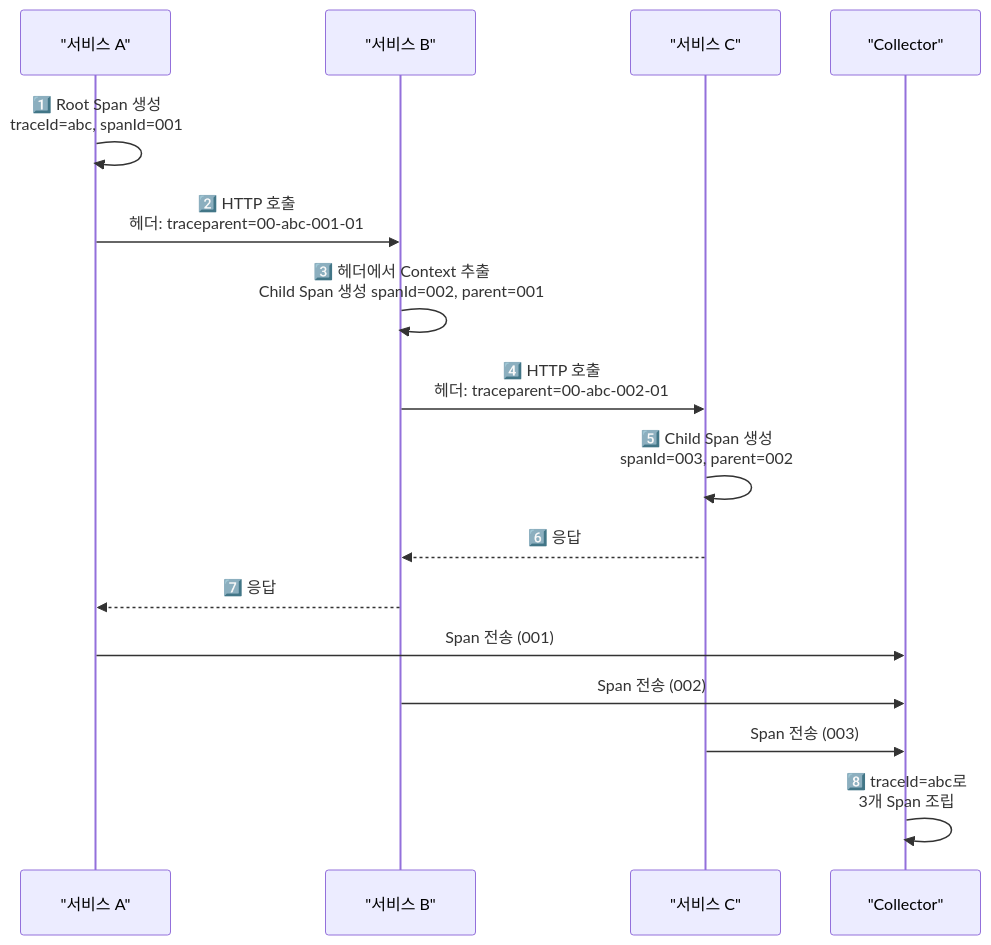
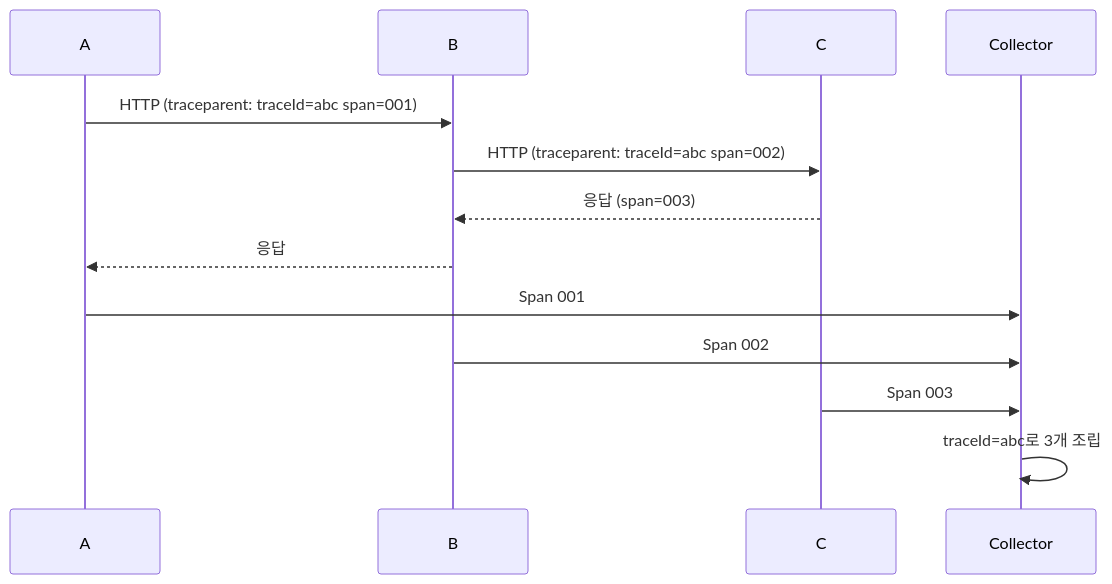
Before and after one commit to yjkim2015/yjkim2015.github.io: the second of 7 diagrams in _posts/monitoring/2026-05-03-distributed-tracing.md, drawn with Mermaid. The commit also changed other lines of this file and 215 other files, not shown here.

First line of the commit message:
신규 포스트 10개 추가 + Mermaid 전면 축소 + SystemDesign 시리즈 보강

````diff
--- a/_posts/monitoring/2026-05-03-distributed-tracing.md
+++ b/_posts/monitoring/2026-05-03-distributed-tracing.md
@@ -89,19 +89,15 @@
 ```mermaid
 sequenceDiagram
-    participant A as "서비스 A"
-    participant B as "서비스 B"
-    participant C as "서비스 C"
-    participant COL as "Collector"
-
-    A->>A: 1️⃣ Root Span 생성<br/>traceId=abc, spanId=001
-    A->>B: 2️⃣ HTTP 호출<br/>헤더: traceparent=00-abc-001-01
-    B->>B: 3️⃣ 헤더에서 Context 추출<br/>Child Span 생성 spanId=002, parent=001
-    B->>C: 4️⃣ HTTP 호출<br/>헤더: traceparent=00-abc-002-01
-    C->>C: 5️⃣ Child Span 생성<br/>spanId=003, parent=002
-    C-->>B: 6️⃣ 응답
-    B-->>A: 7️⃣ 응답
-    A->>COL: Span 전송 (001)
-    B->>COL: Span 전송 (002)
-    C->>COL: Span 전송 (003)
-    COL->>COL: 8️⃣ traceId=abc로<br/>3개 Span 조립
+    participant A as A
+    participant B as B
+    participant C as C
+    participant COL as Collector
+    A->>B: HTTP (traceparent: traceId=abc span=001)
+    B->>C: HTTP (traceparent: traceId=abc span=002)
+    C-->>B: 응답 (span=003)
+    B-->>A: 응답
+    A->>COL: Span 001
+    B->>COL: Span 002
+    C->>COL: Span 003
+    COL->>COL: traceId=abc로 3개 조립
 ```
````
